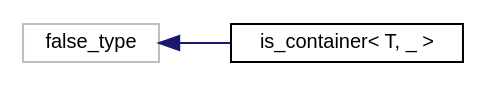
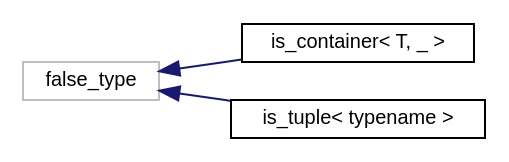
Before and after one commit to Rishat22/ConditionalIPAddressPrintingFunction: the diagram in inherit_graph_1.dot, drawn with Graphviz. The commit also changed 28 other files, not shown here.

```diff
--- a/inherit_graph_1.dot
+++ b/inherit_graph_1.dot
@@ -1,10 +1,12 @@
 digraph "Graphical Class Hierarchy"
 {
  // LATEX_PDF_SIZE
   edge [fontname="Helvetica",fontsize="10",labelfontname="Helvetica",labelfontsize="10"];
   node [fontname="Helvetica",fontsize="10",shape=record];
   rankdir="LR";
-  Node7 [label="false_type",height=0.2,width=0.4,color="grey75", fillcolor="white", style="filled",tooltip=" "];
-  Node7 -> Node0 [dir="back",color="midnightblue",fontsize="10",style="solid",fontname="Helvetica"];
+  Node8 [label="false_type",height=0.2,width=0.4,color="grey75", fillcolor="white", style="filled",tooltip=" "];
+  Node8 -> Node0 [dir="back",color="midnightblue",fontsize="10",style="solid",fontname="Helvetica"];
   Node0 [label="is_container\< T, _ \>",height=0.2,width=0.4,color="black", fillcolor="white", style="filled",URL="$structis__container.html",tooltip=" "];
+  Node8 -> Node10 [dir="back",color="midnightblue",fontsize="10",style="solid",fontname="Helvetica"];
+  Node10 [label="is_tuple\< typename \>",height=0.2,width=0.4,color="black", fillcolor="white", style="filled",URL="$structis__tuple.html",tooltip=" "];
 }
```
